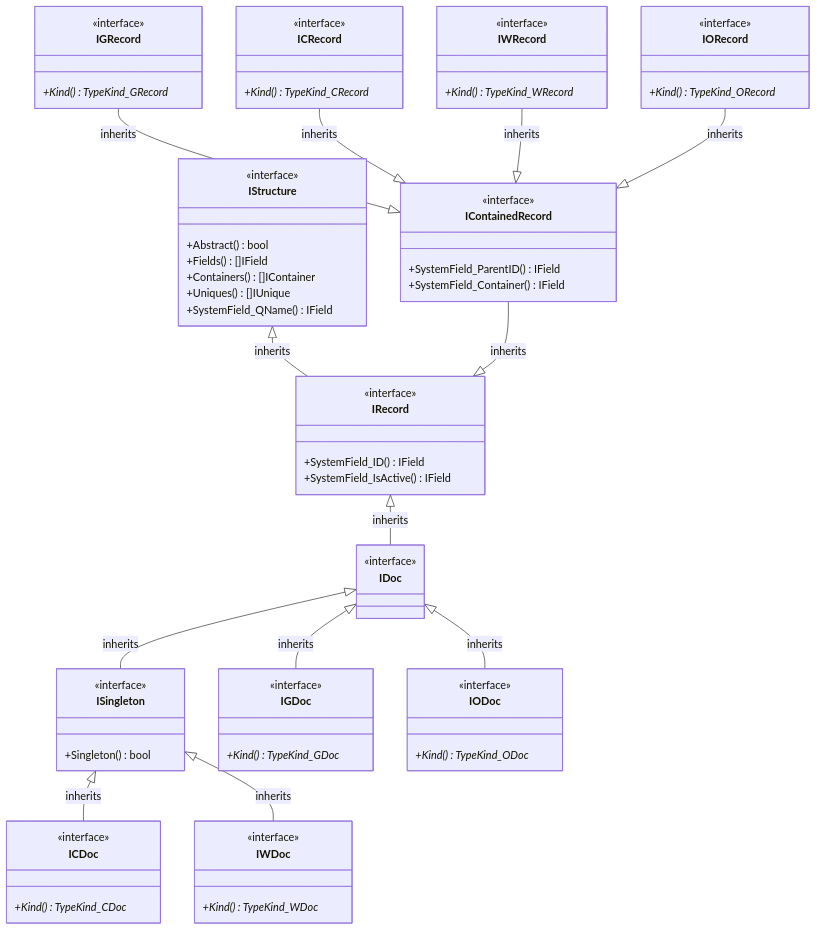
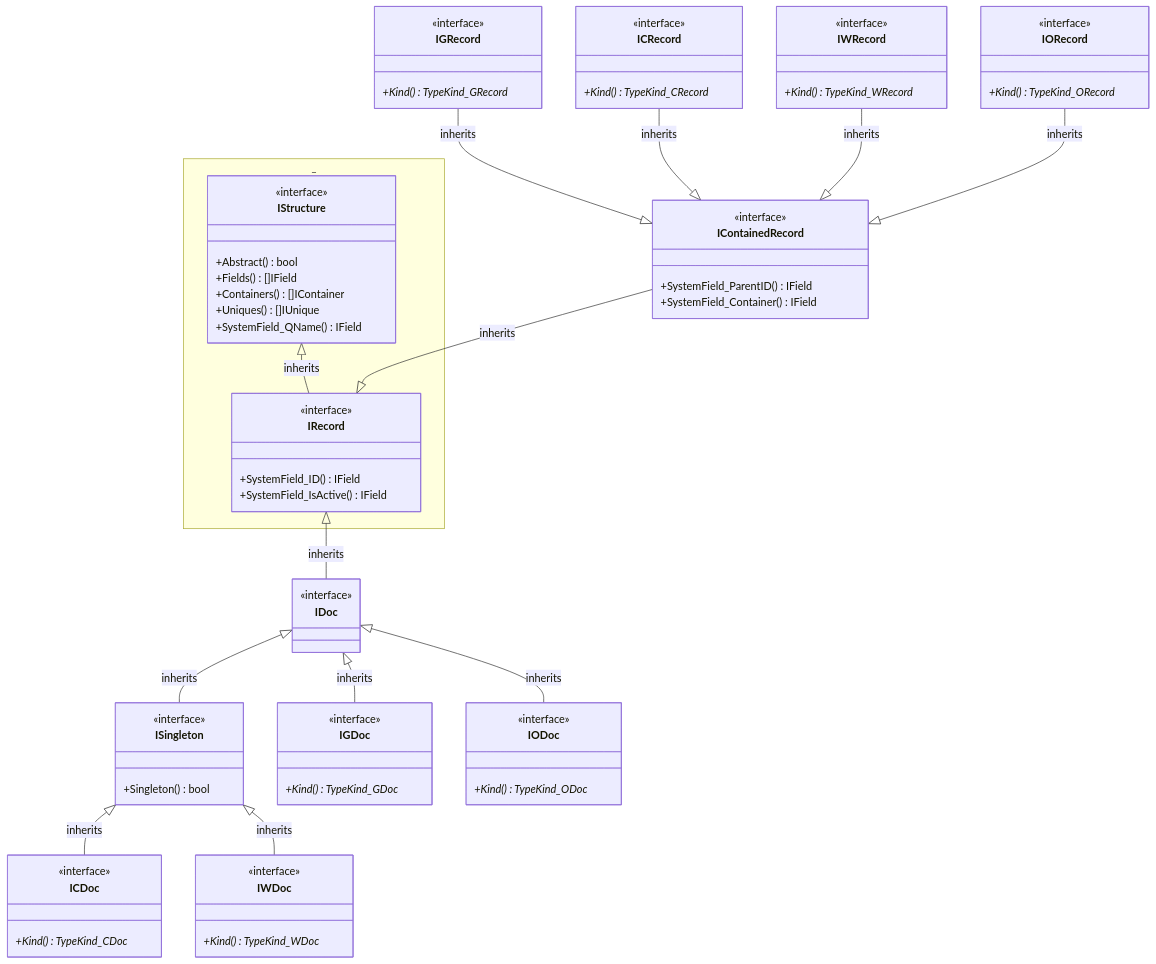
One commit to voedger/voedger changed the fourth of 9 diagrams in pkg/appdef/README.md. Above: the diagram before and after it, drawn with Mermaid. The commit also changed other lines of this file, not shown here.

````diff
--- a/pkg/appdef/README.md
+++ b/pkg/appdef/README.md
@@ -297,7 +338,7 @@
 ```mermaid
 classDiagram
     direction BT
-%%    namespace _ {
+    namespace _ {
         class IStructure {
             <<interface>>
             +Abstract() bool
@@ -312,7 +353,7 @@
             +SystemField_ID() IField
             +SystemField_IsActive() IField
         }
-%%    }
+    }
 
     IRecord --|> IStructure : inherits
 
````
